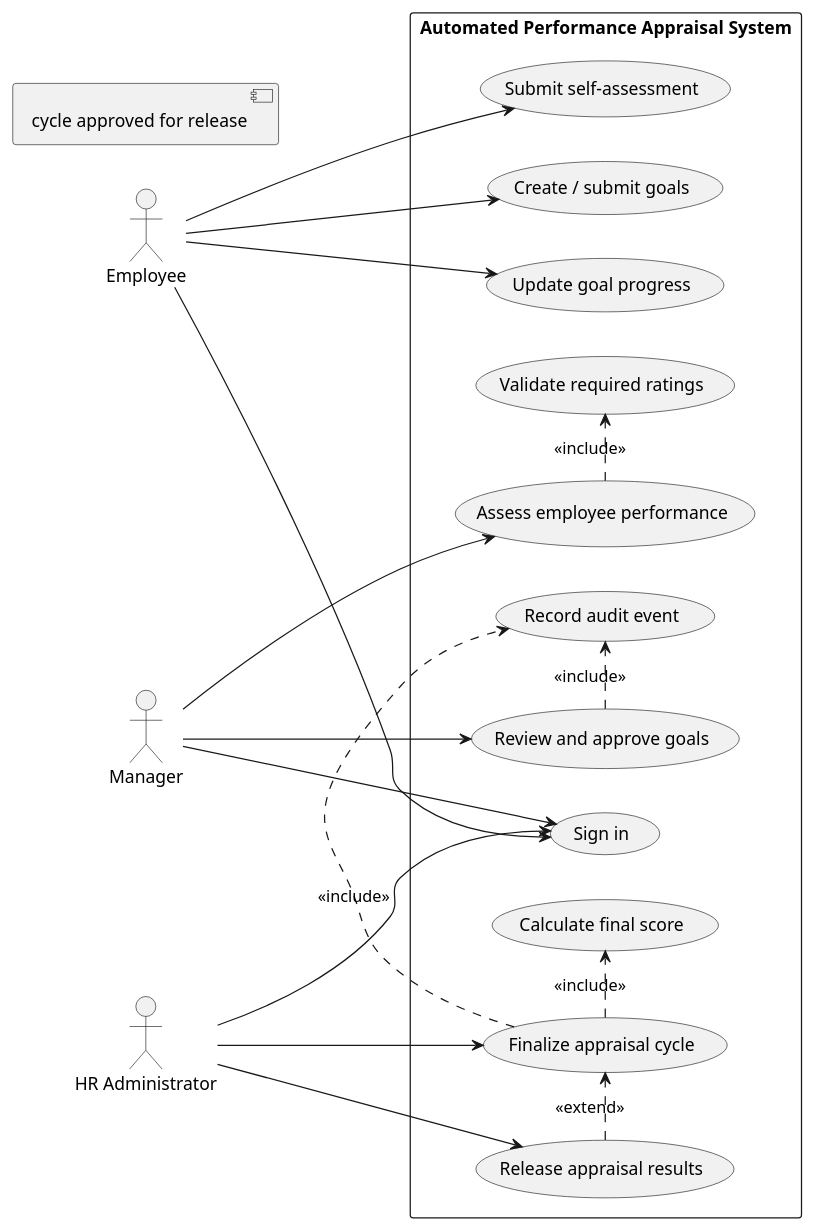
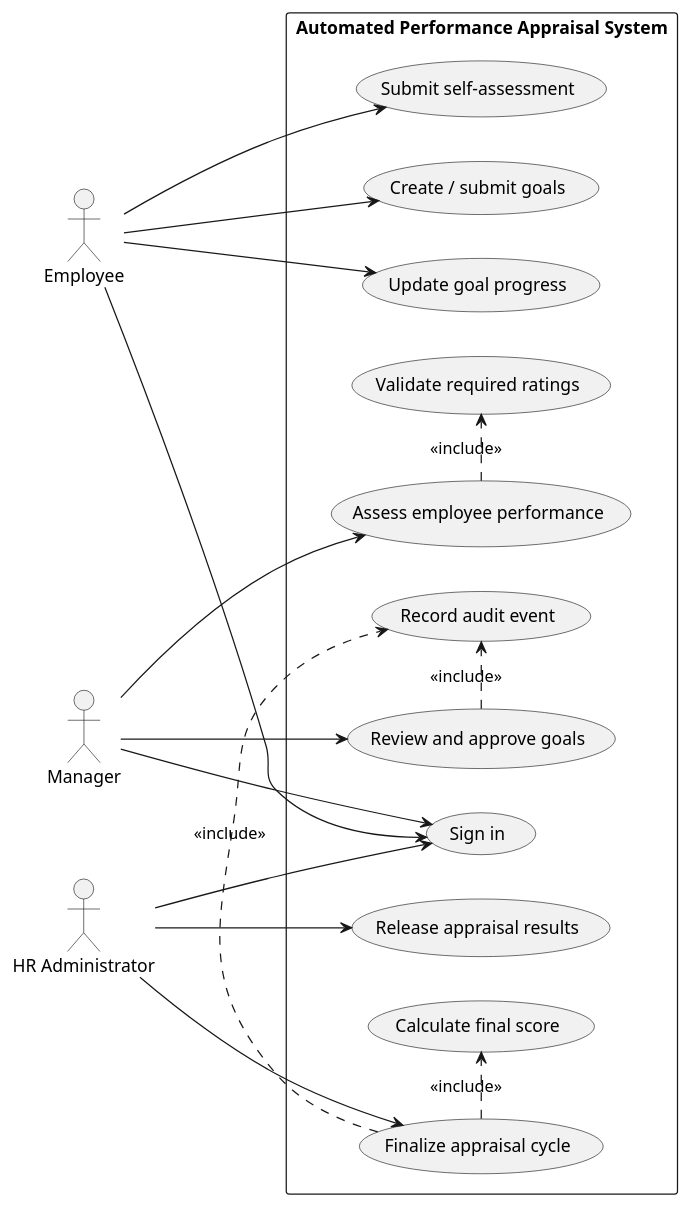
The diagram in SRS_SAD_TestPlan/diagrams/use-case-appraisal-lifecycle.puml (GSAIHEMANTH279/Automated-performance-appraisal-system), drawn with PlantUML before and after one commit. The commit also changed 15 other files, not shown here.

```diff
--- a/SRS_SAD_TestPlan/diagrams/use-case-appraisal-lifecycle.puml
+++ b/SRS_SAD_TestPlan/diagrams/use-case-appraisal-lifecycle.puml
@@ -1,36 +1,34 @@
 @startuml
 left to right direction
 actor Employee
 actor Manager
 actor "HR Administrator" as HR
 
 rectangle "Automated Performance Appraisal System" {
   usecase "Sign in" as UC1
   usecase "Create / submit goals" as UC2
   usecase "Update goal progress" as UC3
   usecase "Submit self-assessment" as UC4
   usecase "Review and approve goals" as UC5
   usecase "Assess employee performance" as UC6
   usecase "Validate required ratings" as UC7
   usecase "Calculate final score" as UC8
   usecase "Finalize appraisal cycle" as UC9
   usecase "Release appraisal results" as UC10
   usecase "Record audit event" as UC11
 }
 Employee --> UC1
 Employee --> UC2
 Employee --> UC3
 Employee --> UC4
 Manager --> UC1
 Manager --> UC5
 Manager --> UC6
 HR --> UC1
 HR --> UC9
 HR --> UC10
 UC6 .> UC7 : <<include>>
 UC9 .> UC8 : <<include>>
 UC5 .> UC11 : <<include>>
 UC9 .> UC11 : <<include>>
-UC10 .> UC9 : <<extend>>
-[cycle approved for release]
 @enduml
```
